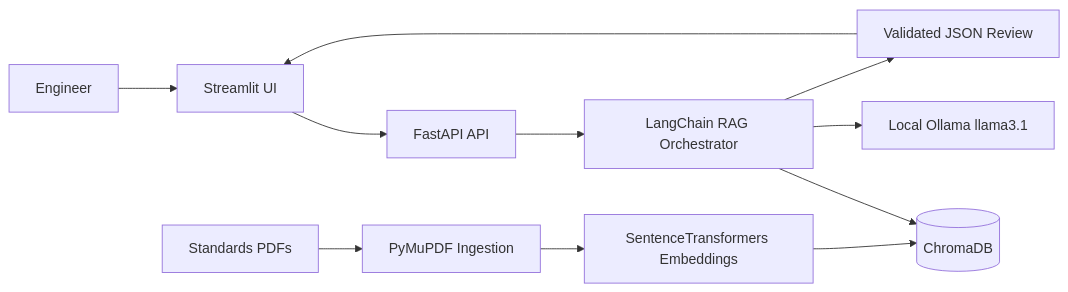
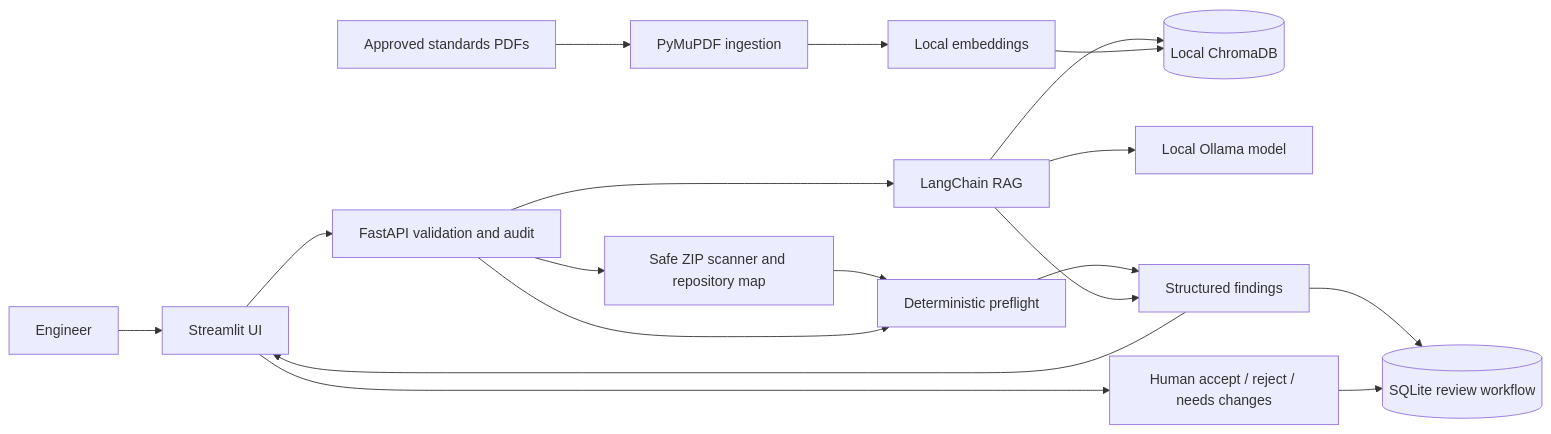
The diagram in README.md (Karthikeya-B19/automotive-compliance-engine), drawn with Mermaid before and after one commit. The commit also changed other lines of this file and 67 other files, not shown here.

Commit message:
feat: complete secure repository review capstone

````diff
--- a/README.md
+++ b/README.md
@@ -19,13 +52,20 @@
 ```mermaid
 flowchart LR
-    U[Engineer] --> S[Streamlit UI]
-    S --> F[FastAPI API]
-    F --> R[LangChain RAG Orchestrator]
-    R --> C[(ChromaDB)]
-    R --> O[Local Ollama llama3.1]
-    P[Standards PDFs] --> I[PyMuPDF Ingestion]
-    I --> E[SentenceTransformers Embeddings]
+    U[Engineer] --> UI[Streamlit UI]
+    UI --> API[FastAPI validation and audit]
+    API --> Z[Safe ZIP scanner and repository map]
+    Z --> D
+    API --> D[Deterministic preflight]
+    API --> R[LangChain RAG]
+    R --> C[(Local ChromaDB)]
+    R --> O[Local Ollama model]
+    P[Approved standards PDFs] --> I[PyMuPDF ingestion]
+    I --> E[Local embeddings]
     E --> C
-    R --> J[Validated JSON Review]
-    J --> S
+    D --> F[Structured findings]
+    R --> F
+    F --> DB[(SQLite review workflow)]
+    F --> UI
+    UI --> H[Human accept / reject / needs changes]
+    H --> DB
 ```
````
